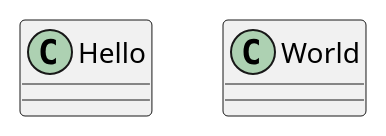
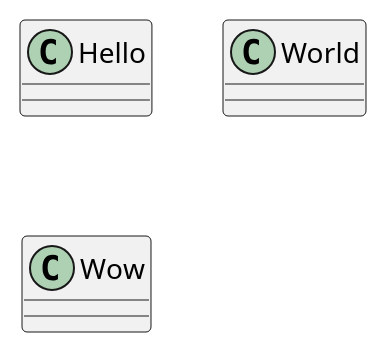
The diagram in index.md (danielsan80/danielsan80.github.io), drawn with PlantUML before and after one commit.

````diff
--- a/index.md
+++ b/index.md
@@ -5,6 +5,7 @@
 ```puml
 @startuml
 class Hello
 class World
+class Wow
 @enduml
 ```
````
